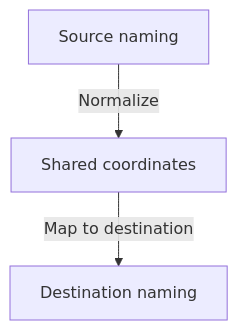
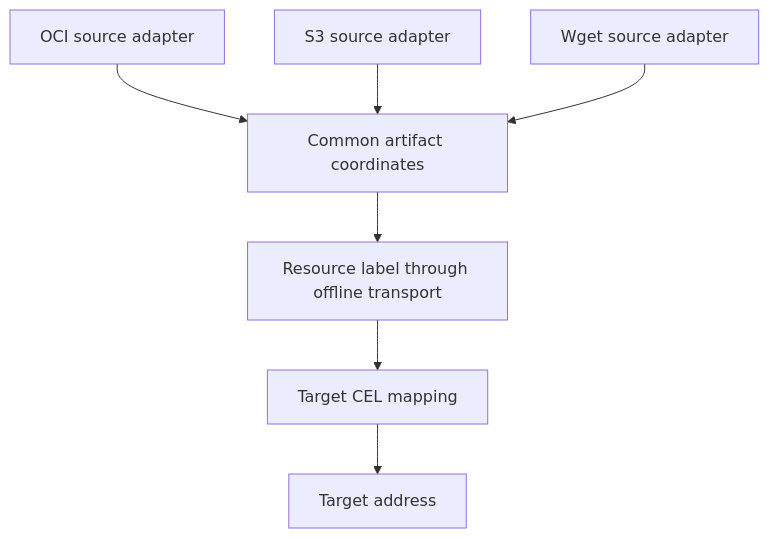
Before and after one commit to open-component-model/open-component-model: the second of 3 diagrams in docs/adr/0030_artifact_coordinates.md, drawn with Mermaid. The commit also changed other lines of this file, not shown here.

First line of the commit message:
docs(adr): define shared source coordinates for option two

````diff
--- a/docs/adr/0030_artifact_coordinates.md
+++ b/docs/adr/0030_artifact_coordinates.md
@@ -195,5 +198,9 @@
 ```mermaid
 flowchart TD
-    source[Source naming] -->|Normalize| shared[Shared coordinates]
-    shared -->|Map to destination| destination[Destination naming]
+    oci[OCI source adapter] --> shared[Common artifact coordinates]
+    s3[S3 source adapter] --> shared
+    http[Wget source adapter] --> shared
+    shared --> label[Resource label through offline transport]
+    label --> mapping[Target CEL mapping]
+    mapping --> destination[Target address]
 ```
````
